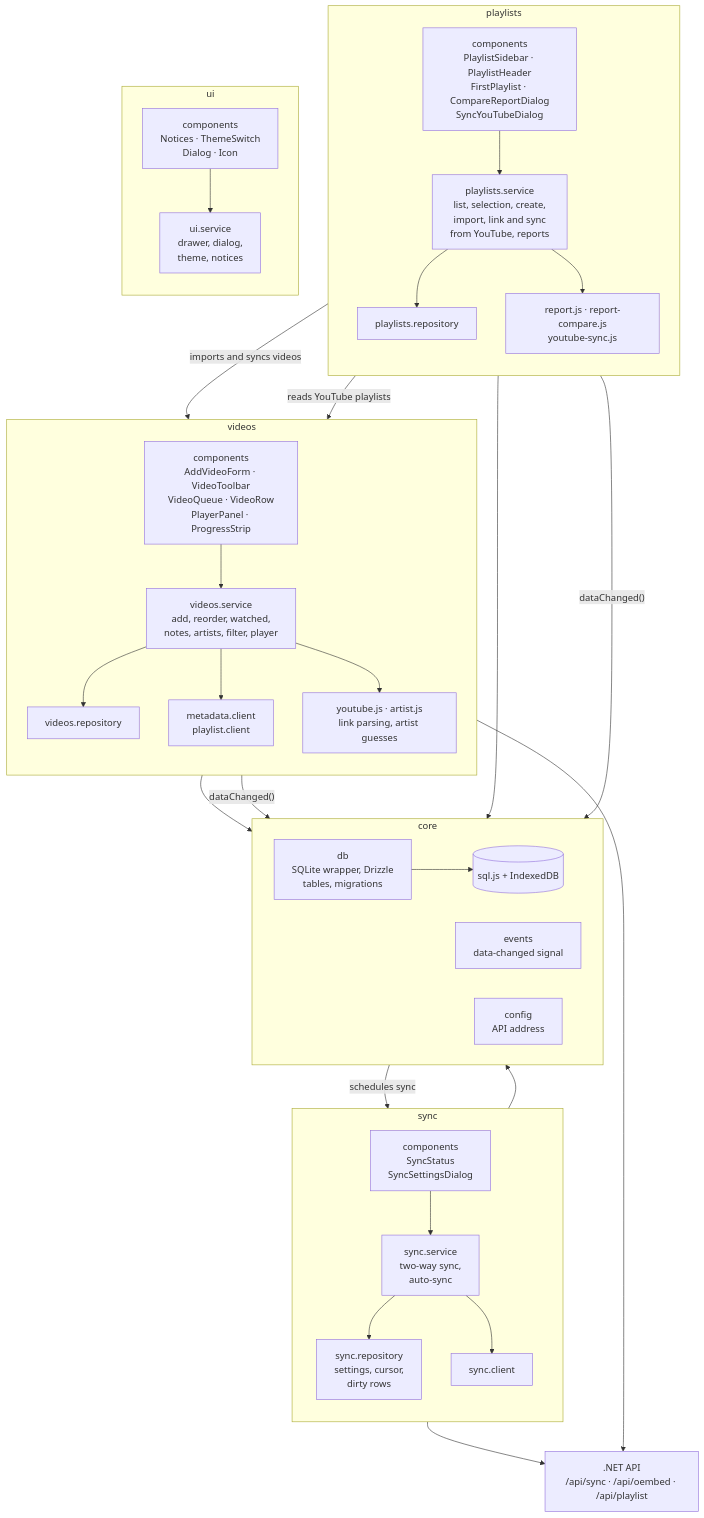
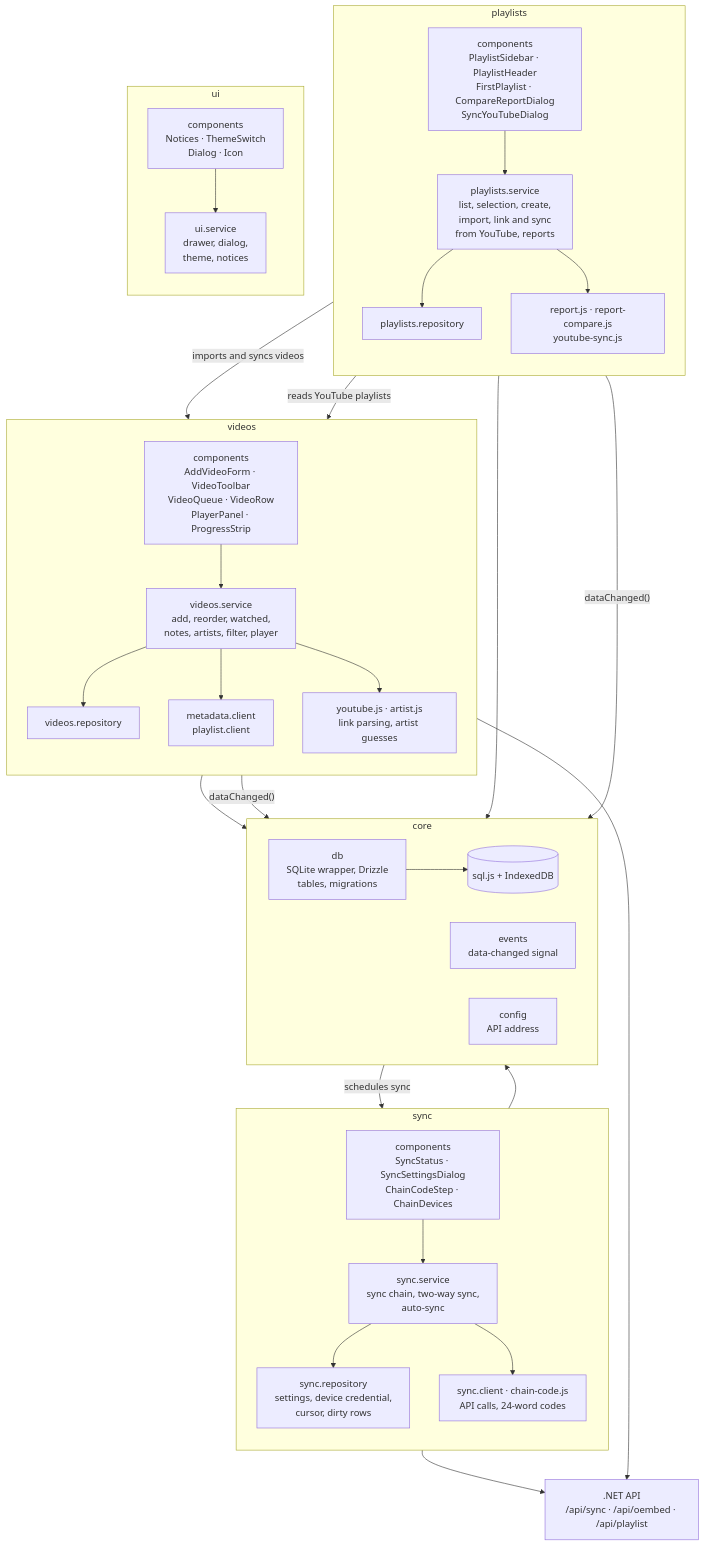
Before and after one commit to jestra52/yt-playlist-manager: the first of 3 diagrams in docs/architecture.md, drawn with Mermaid. The commit also changed other lines of this file and 59 other files, not shown here.

First line of the commit message:
Sync chains: one library per chain, joined with a 24-word code

````diff
--- a/docs/architecture.md
+++ b/docs/architecture.md
@@ -11,61 +11,61 @@
 ```mermaid
 flowchart TB
     subgraph playlists["playlists"]
         direction TB
         pComp["components<br/>PlaylistSidebar · PlaylistHeader<br/>FirstPlaylist · CompareReportDialog<br/>SyncYouTubeDialog"]
         pSvc["playlists.service<br/>list, selection, create,<br/>import, link and sync<br/>from YouTube, reports"]
         pRepo["playlists.repository"]
         pRules["report.js · report-compare.js<br/>youtube-sync.js"]
         pComp --> pSvc --> pRepo
         pSvc --> pRules
     end
 
     subgraph videos["videos"]
         direction TB
         vComp["components<br/>AddVideoForm · VideoToolbar<br/>VideoQueue · VideoRow<br/>PlayerPanel · ProgressStrip"]
         vSvc["videos.service<br/>add, reorder, watched,<br/>notes, artists, filter, player"]
         vRepo["videos.repository"]
         vClients["metadata.client<br/>playlist.client"]
         vRules["youtube.js · artist.js<br/>link parsing, artist guesses"]
         vComp --> vSvc
         vSvc --> vRepo
         vSvc --> vClients
         vSvc --> vRules
     end
 
     subgraph sync["sync"]
         direction TB
-        sComp["components<br/>SyncStatus<br/>SyncSettingsDialog"]
-        sSvc["sync.service<br/>two-way sync,<br/>auto-sync"]
-        sRepo["sync.repository<br/>settings, cursor,<br/>dirty rows"]
-        sClient["sync.client"]
+        sComp["components<br/>SyncStatus · SyncSettingsDialog<br/>ChainCodeStep · ChainDevices"]
+        sSvc["sync.service<br/>sync chain, two-way sync,<br/>auto-sync"]
+        sRepo["sync.repository<br/>settings, device credential,<br/>cursor, dirty rows"]
+        sClient["sync.client · chain-code.js<br/>API calls, 24-word codes"]
         sComp --> sSvc
         sSvc --> sRepo
         sSvc --> sClient
     end
 
     subgraph ui["ui"]
         direction TB
         uComp["components<br/>Notices · ThemeSwitch<br/>Dialog · Icon"]
         uSvc["ui.service<br/>drawer, dialog,<br/>theme, notices"]
         uComp --> uSvc
     end
 
     subgraph core["core"]
         direction LR
         db["db<br/>SQLite wrapper, Drizzle<br/>tables, migrations"]
         storage[("sql.js + IndexedDB")]
         events["events<br/>data-changed signal"]
         config["config<br/>API address"]
         db --> storage
     end
 
     api[".NET API<br/>/api/sync · /api/oembed · /api/playlist"]
 
     pSvc -- "imports and syncs videos" --> vSvc
     pSvc -- "reads YouTube playlists" --> vClients
     pRepo & vRepo & sRepo --> db
     pSvc & vSvc -- "dataChanged()" --> events
     events -- "schedules sync" --> sSvc
     vClients & sClient --> api
 ```
````
